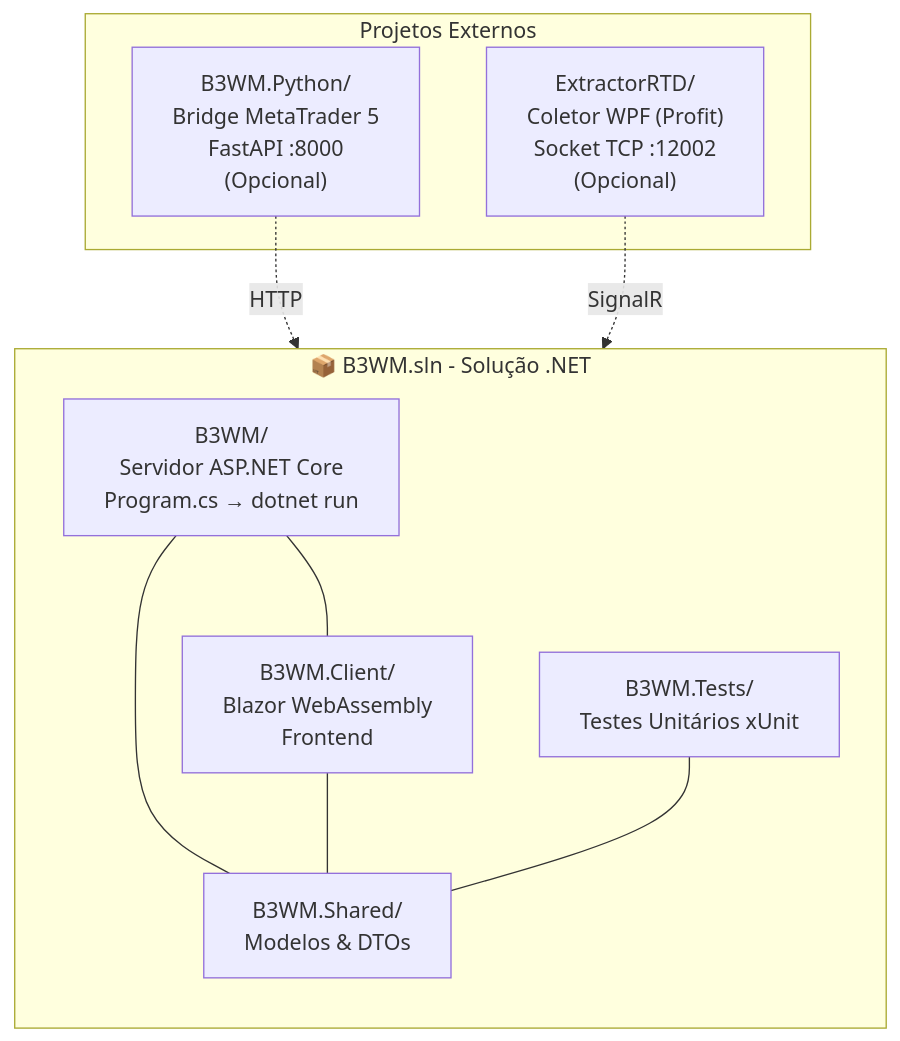
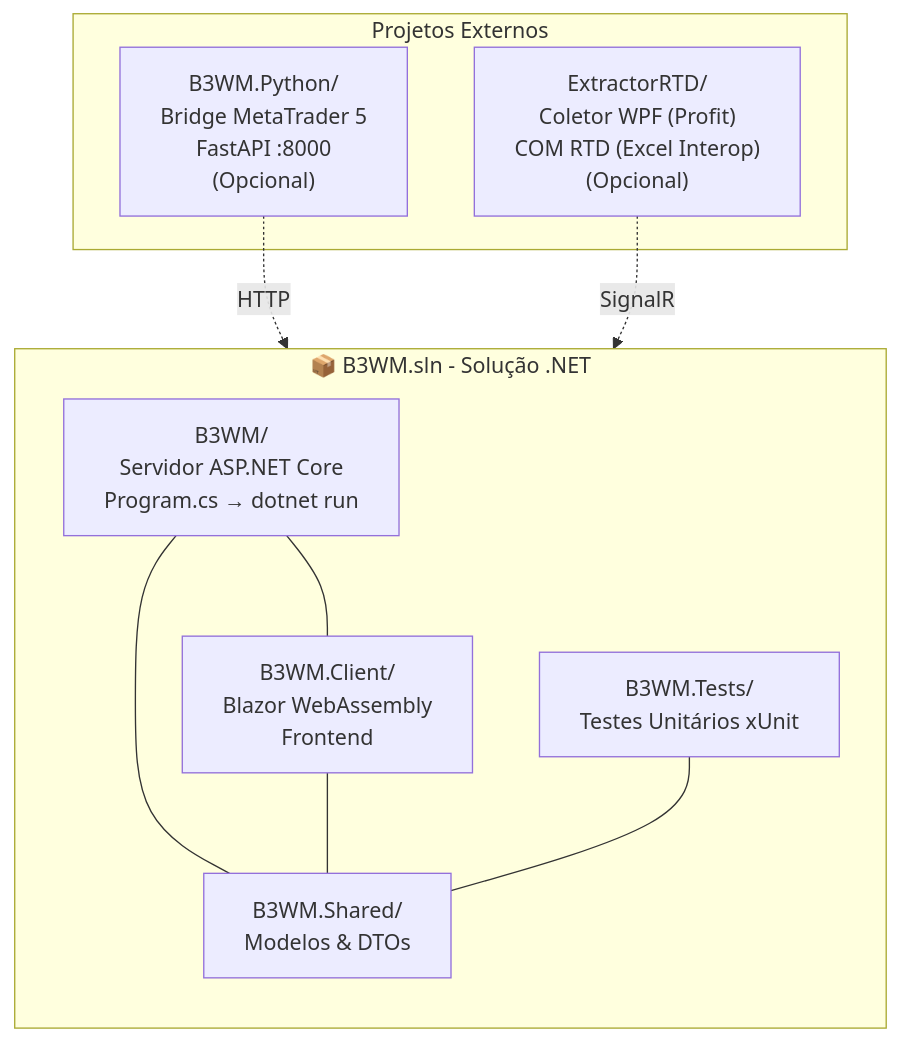
The first of 2 diagrams in README.md (WebMat-SA/B3WM), drawn with Mermaid before and after one commit. The commit also changed other lines of this file, not shown here.

Commit message:
docs: fix data collection description — Profit COM RTD, not Socket TCP

````diff
--- a/README.md
+++ b/README.md
@@ -100,22 +100,22 @@
 ```mermaid
 graph TB
     subgraph SOL["📦 B3WM.sln - Solução .NET"]
         direction TB
         API["B3WM/<br/>Servidor ASP.NET Core<br/>Program.cs → dotnet run"]
         CLIENT["B3WM.Client/<br/>Blazor WebAssembly<br/>Frontend"]
         SHARED["B3WM.Shared/<br/>Modelos & DTOs"]
         TESTS["B3WM.Tests/<br/>Testes Unitários xUnit"]
         API --- CLIENT
         API --- SHARED
         CLIENT --- SHARED
         TESTS --- SHARED
     end
 
     subgraph EXT["Projetos Externos"]
         PYTHON["B3WM.Python/<br/>Bridge MetaTrader 5<br/>FastAPI :8000<br/>(Opcional)"]
-        RTD["ExtractorRTD/<br/>Coletor WPF (Profit)<br/>Socket TCP :12002<br/>(Opcional)"]
+        RTD["ExtractorRTD/<br/>Coletor WPF (Profit)<br/>COM RTD (Excel Interop)<br/>(Opcional)"]
     end
 
     PYTHON -.->|HTTP| API
     RTD -.->|SignalR| API
 ```
````
